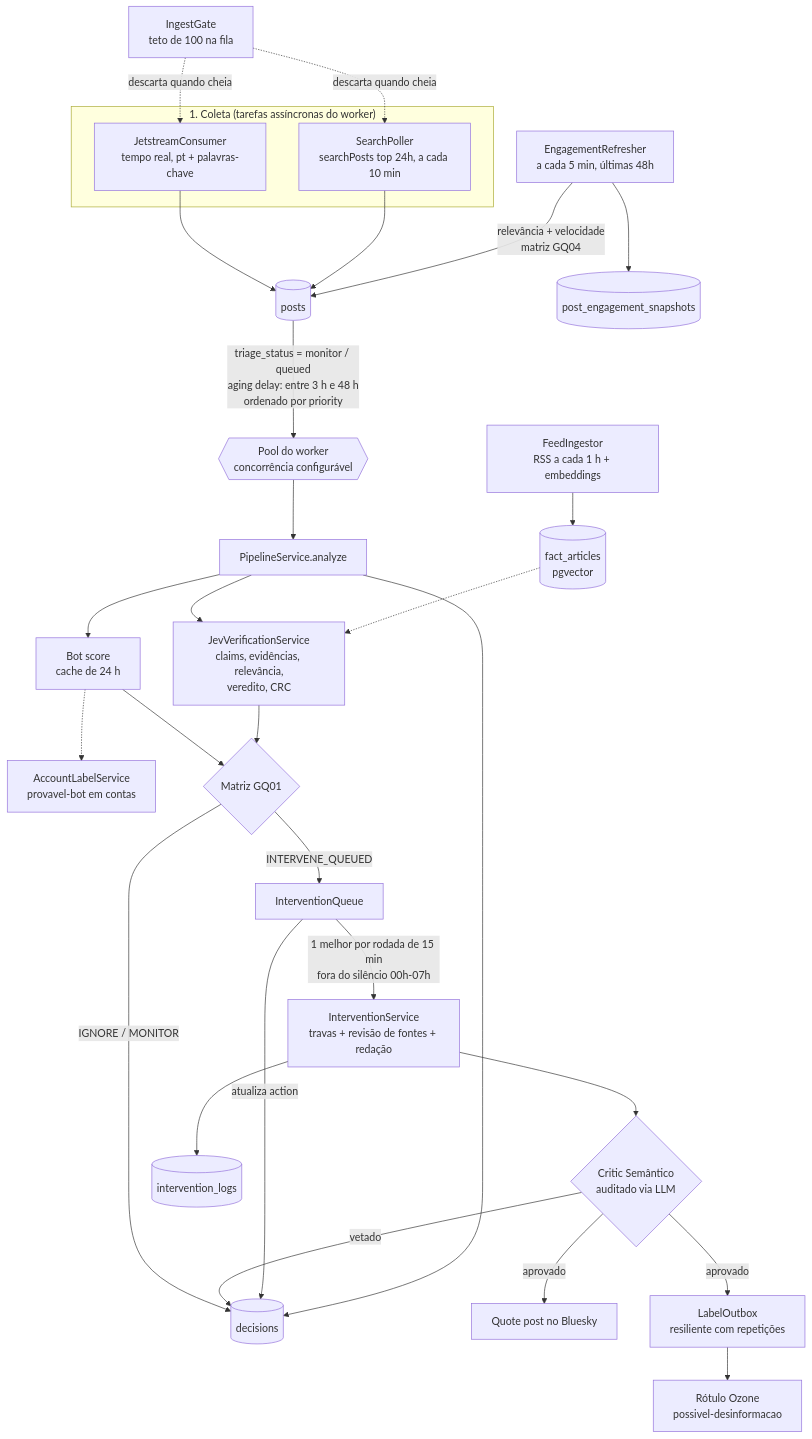
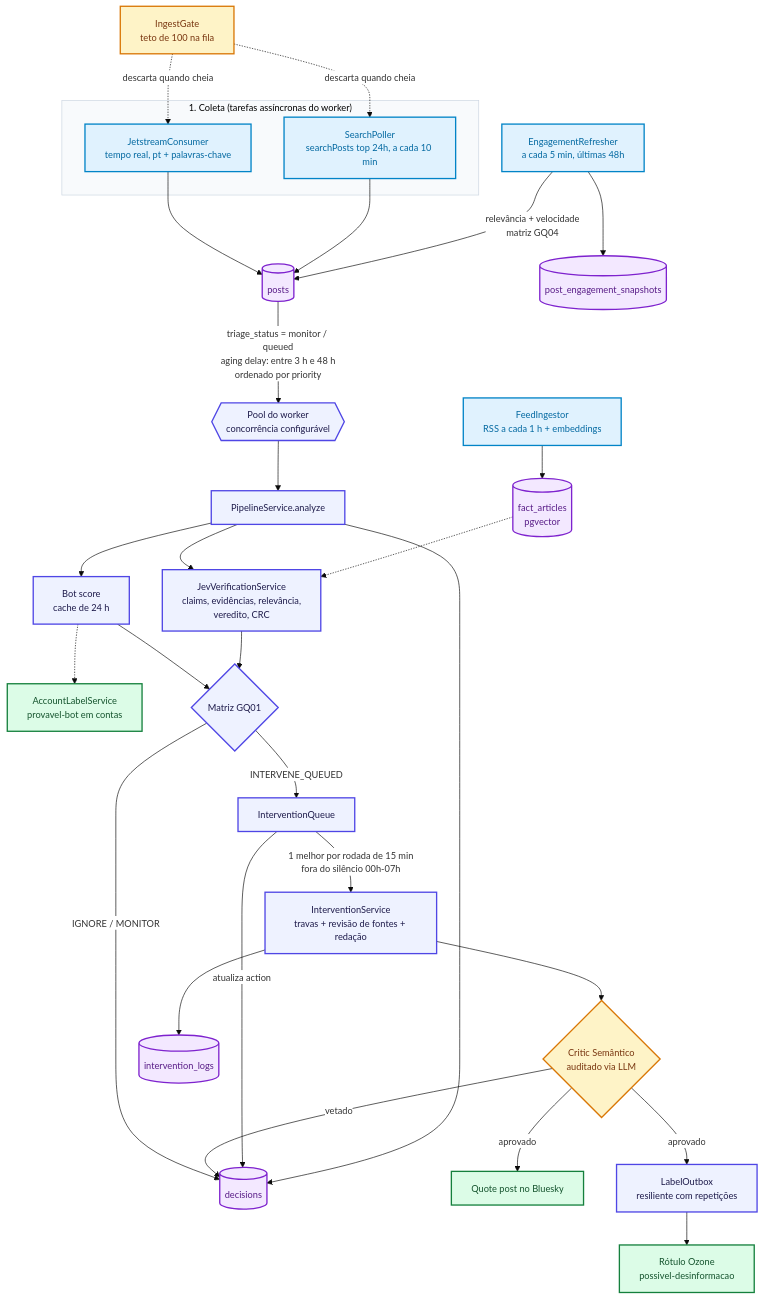
One commit to moonshinerd/ContrarIA changed the second of 4 diagrams in docs/arquitetura/index.md. Above: the diagram before and after it, drawn with Mermaid. The commit also changed other lines of this file and 2 other files, not shown here.

Commit message:
docs(arquitetura): aprimora contraste de cores e escala dos diagramas

````diff
--- a/docs/arquitetura/index.md
+++ b/docs/arquitetura/index.md
@@ -77,36 +74,44 @@
 ```mermaid
+%%{init: {'theme': 'base', 'themeVariables': { 'fontSize': '14px', 'fontFamily': 'inherit', 'primaryColor': '#EEF2FF', 'edgeLabelBackground': '#FFFFFF', 'clusterBkg': '#F8FAFC', 'clusterBorder': '#CBD5E1' }}}%%
 flowchart TD
+    classDef ext fill:#F1F5F9,stroke:#64748B,stroke-width:2px,color:#0F172A
+    classDef ingest fill:#E0F2FE,stroke:#0284C7,stroke-width:2px,color:#0369A1
+    classDef core fill:#EEF2FF,stroke:#4F46E5,stroke-width:2px,color:#1E1B4B
+    classDef store fill:#F3E8FF,stroke:#7E22CE,stroke-width:2px,color:#581C87
+    classDef guard fill:#FEF3C7,stroke:#D97706,stroke-width:2px,color:#78350F
+    classDef out fill:#DCFCE7,stroke:#15803D,stroke-width:2px,color:#14532D
+
     subgraph Coleta["1. Coleta (tarefas assíncronas do worker)"]
-        J1[JetstreamConsumer<br/>tempo real, pt + palavras-chave]
-        J2[SearchPoller<br/>searchPosts top 24h, a cada 10 min]
+        J1[JetstreamConsumer<br/>tempo real, pt + palavras-chave]:::ingest
+        J2[SearchPoller<br/>searchPosts top 24h, a cada 10 min]:::ingest
     end
-    J1 --> POSTS[(posts)]
+    J1 --> POSTS[(posts)]:::store
     J2 --> POSTS
 
-    ER[EngagementRefresher<br/>a cada 5 min, últimas 48h] --> SNAP[(post_engagement_snapshots)]
+    ER[EngagementRefresher<br/>a cada 5 min, últimas 48h]:::ingest --> SNAP[(post_engagement_snapshots)]:::store
     ER -- relevância + velocidade<br/>matriz GQ04 --> POSTS
 
-    POSTS -- triage_status = monitor / queued<br/>aging delay: entre 3 h e 48 h<br/>ordenado por priority --> LOOP{{Pool do worker<br/>concorrência configurável}}
-    GATE[IngestGate<br/>teto de 100 na fila] -. descarta quando cheia .-> J1
+    POSTS -- triage_status = monitor / queued<br/>aging delay: entre 3 h e 48 h<br/>ordenado por priority --> LOOP{{Pool do worker<br/>concorrência configurável}}:::core
+    GATE[IngestGate<br/>teto de 100 na fila]:::guard -. descarta quando cheia .-> J1
     GATE -. descarta quando cheia .-> J2
-    RSSJ[FeedIngestor<br/>RSS a cada 1 h + embeddings] --> FA[(fact_articles<br/>pgvector)]
+    RSSJ[FeedIngestor<br/>RSS a cada 1 h + embeddings]:::ingest --> FA[(fact_articles<br/>pgvector)]:::store
 
-    LOOP --> PIPE[PipelineService.analyze]
-    PIPE --> BOT[Bot score<br/>cache de 24 h]
-    BOT -.-> ACC[AccountLabelService<br/>provavel-bot em contas]
-    PIPE --> VER[JevVerificationService<br/>claims, evidências, relevância,<br/>veredito, CRC]
+    LOOP --> PIPE[PipelineService.analyze]:::core
+    PIPE --> BOT[Bot score<br/>cache de 24 h]:::core
+    BOT -.-> ACC[AccountLabelService<br/>provavel-bot em contas]:::out
+    PIPE --> VER[JevVerificationService<br/>claims, evidências, relevância,<br/>veredito, CRC]:::core
     FA -.-> VER
-    BOT --> GQ01{Matriz GQ01}
+    BOT --> GQ01{Matriz GQ01}:::core
     VER --> GQ01
-    GQ01 -- IGNORE / MONITOR --> LOG[(decisions)]
-    GQ01 -- INTERVENE_QUEUED --> Q[InterventionQueue]
-    Q -- 1 melhor por rodada de 15 min<br/>fora do silêncio 00h-07h --> INT[InterventionService<br/>travas + revisão de fontes + redação]
-    INT --> CRIT{Critic Semântico<br/>auditado via LLM}
+    GQ01 -- IGNORE / MONITOR --> LOG[(decisions)]:::store
+    GQ01 -- INTERVENE_QUEUED --> Q[InterventionQueue]:::core
+    Q -- 1 melhor por rodada de 15 min<br/>fora do silêncio 00h-07h --> INT[InterventionService<br/>travas + revisão de fontes + redação]:::core
+    INT --> CRIT{Critic Semântico<br/>auditado via LLM}:::guard
     CRIT -- vetado --> LOG
-    CRIT -- aprovado --> QP[Quote post no Bluesky]
-    CRIT -- aprovado --> OB[LabelOutbox<br/>resiliente com repetições]
-    OB --> LAB[Rótulo Ozone<br/>possivel-desinformacao]
-    INT --> IL[(intervention_logs)]
+    CRIT -- aprovado --> QP[Quote post no Bluesky]:::out
+    CRIT -- aprovado --> OB[LabelOutbox<br/>resiliente com repetições]:::core
+    OB --> LAB[Rótulo Ozone<br/>possivel-desinformacao]:::out
+    INT --> IL[(intervention_logs)]:::store
     Q -- atualiza action --> LOG
     PIPE --> LOG
 ```
````
